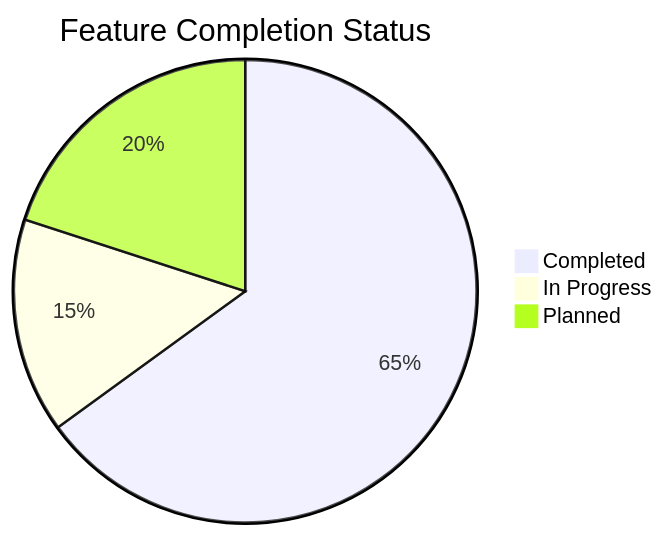
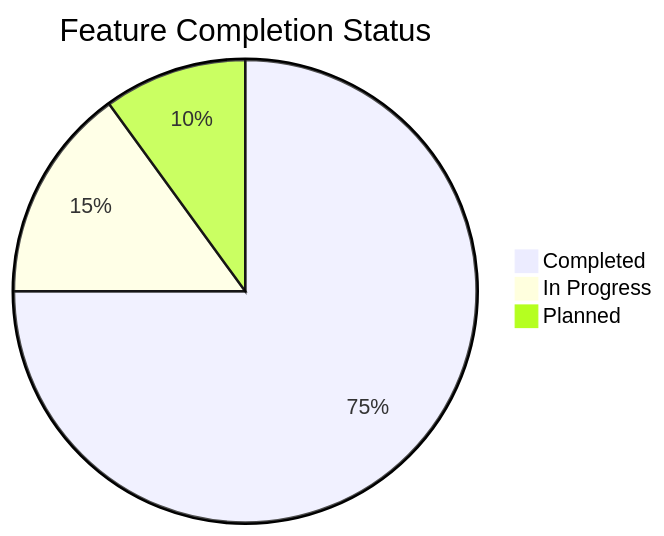
The second of 2 diagrams in docs/planning/roadmap.md (mrj0nesmtl/cloud-burst), drawn with Mermaid before and after one commit. The commit also changed other lines of this file and 33 other files, not shown here.

````diff
--- a/docs/planning/roadmap.md
+++ b/docs/planning/roadmap.md
@@ -156,6 +168,6 @@
 ```mermaid
 pie title Feature Completion Status
-    "Completed" : 65
+    "Completed" : 75
     "In Progress" : 15
-    "Planned" : 20
+    "Planned" : 10
 ```
````
